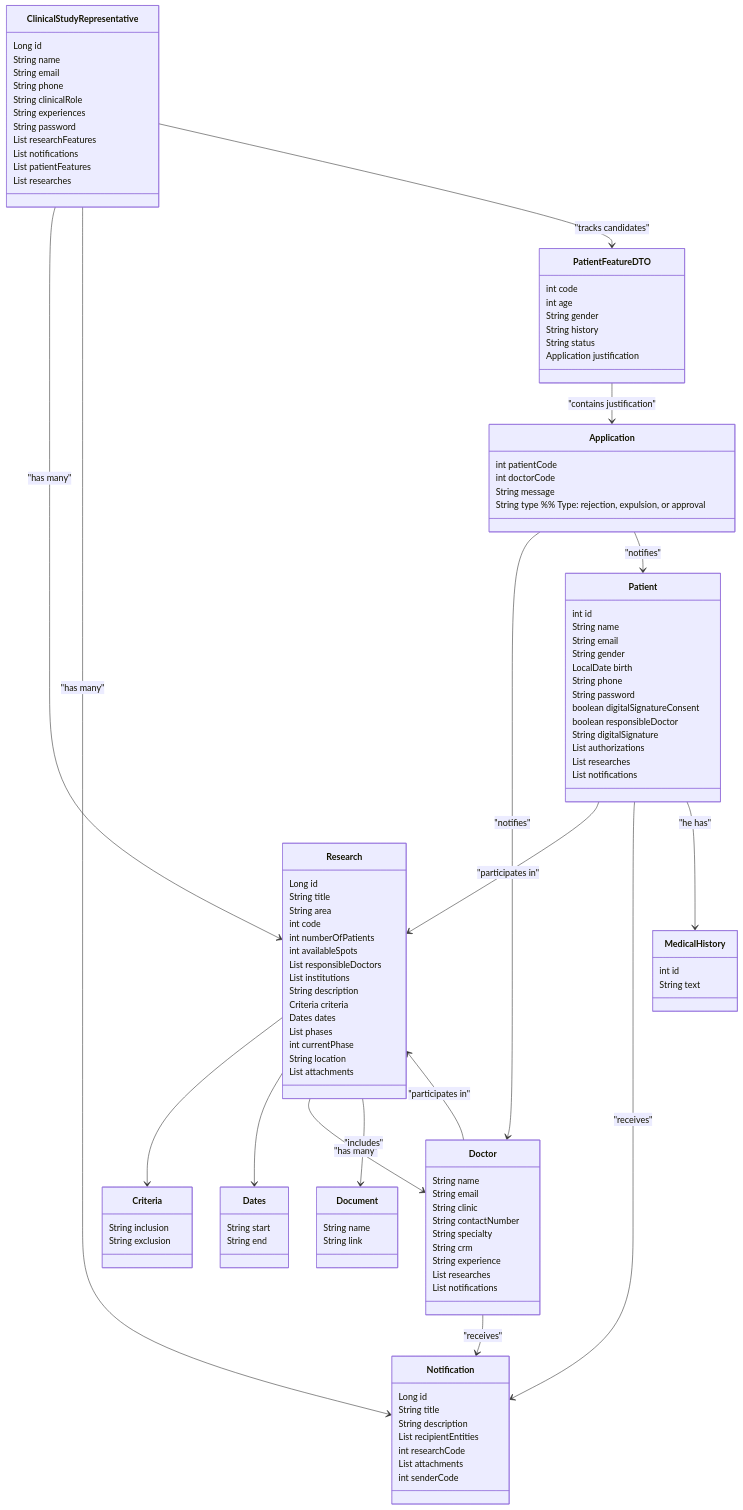
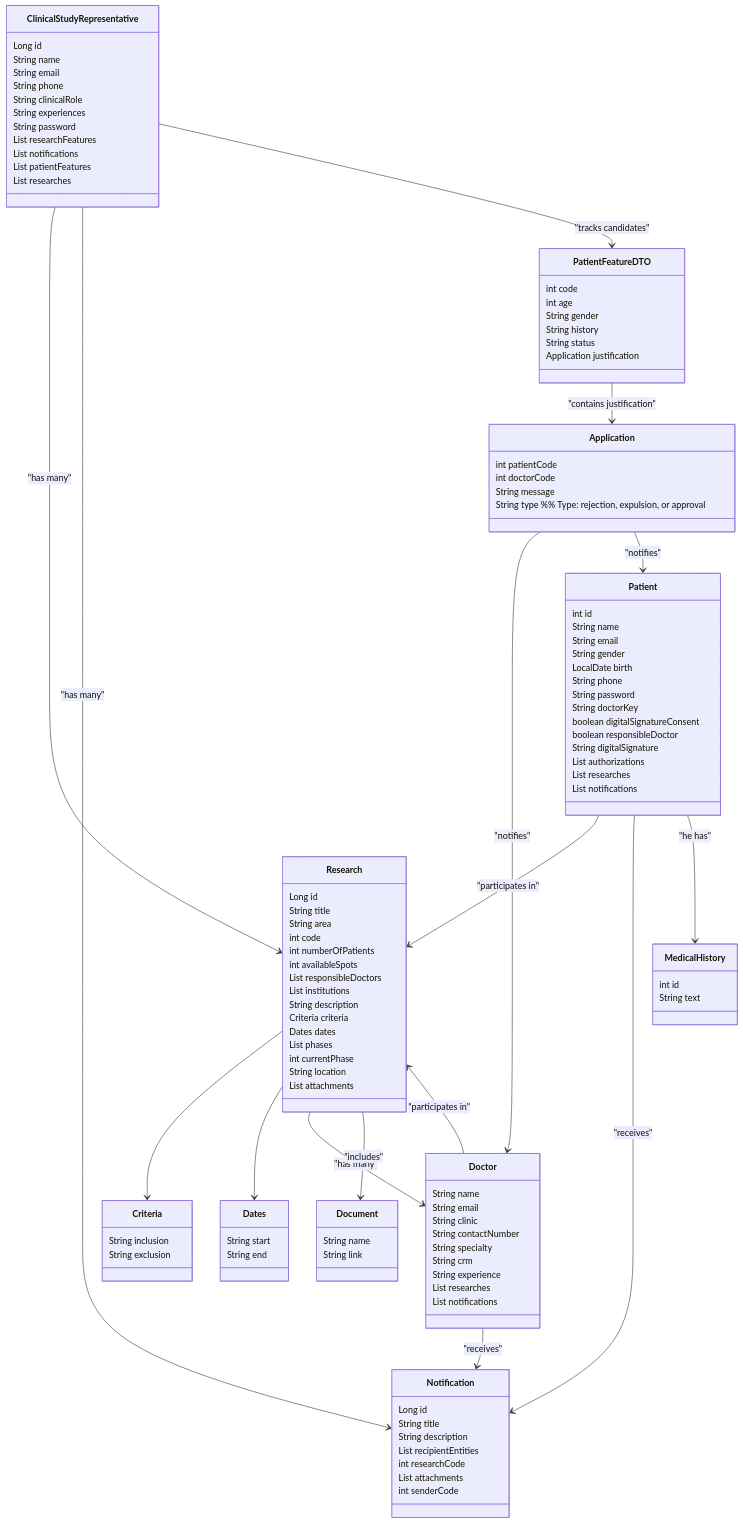
Before and after one commit to andrefilipe1310/inovamed-: the third of 15 diagrams in README.md, drawn with Mermaid.

```diff
--- a/README.md
+++ b/README.md
@@ -108,6 +108,7 @@
         LocalDate birth
         String phone
         String password
+        String doctorKey
         boolean digitalSignatureConsent
         boolean responsibleDoctor
         String digitalSignature
```
